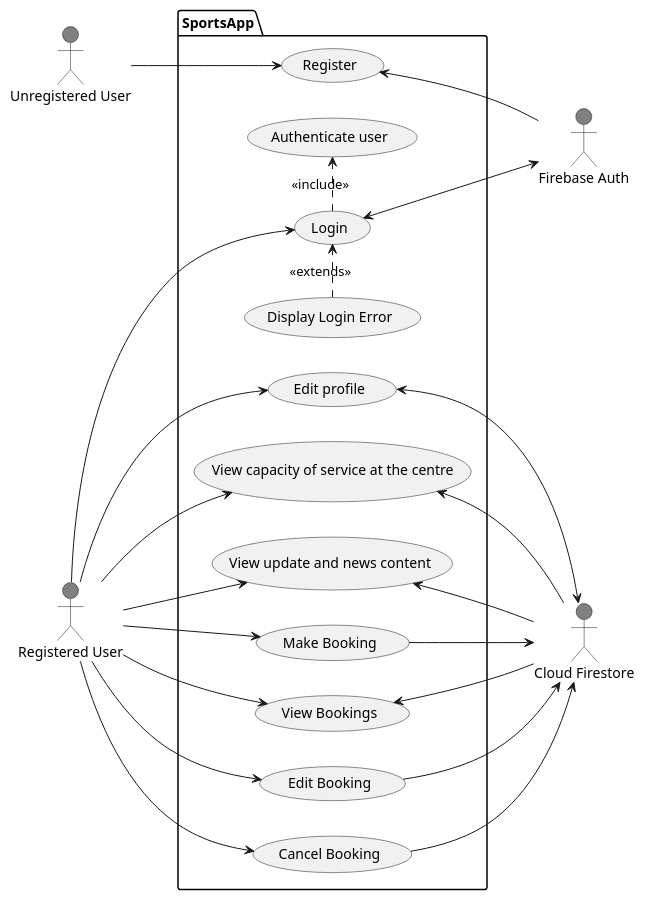
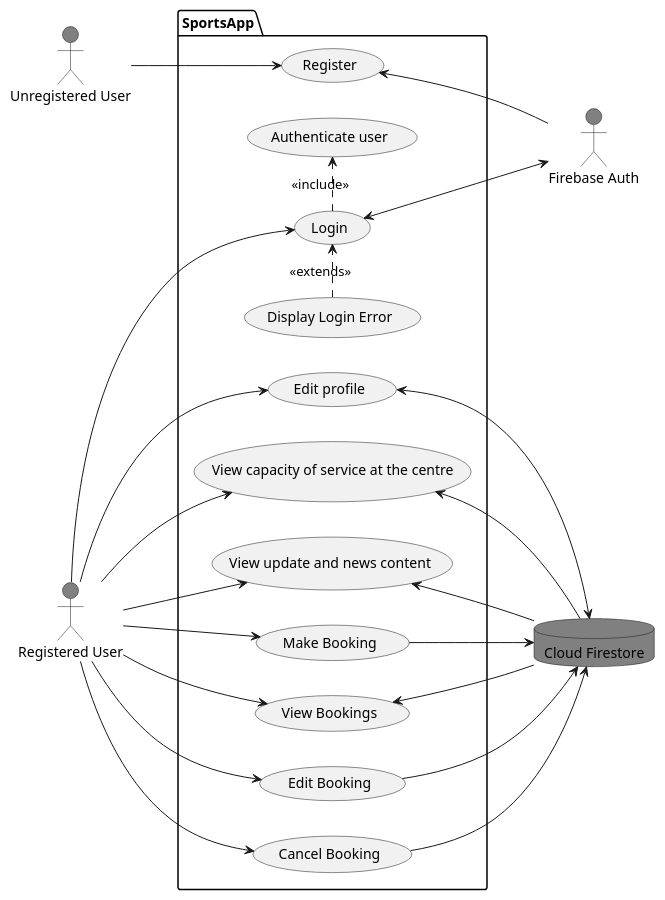
Before and after one commit to AltTheo/UOP_sports_V2.0: the diagram in puml/usecase.puml, drawn with PlantUML. The commit also changed 3 other files, not shown here.

Commit message:
added architecture UML

```diff
--- a/puml/usecase.puml
+++ b/puml/usecase.puml
@@ -1,31 +1,31 @@
 @startuml SportsAppUseCase
 ' skinparam actorStyle awesome
 left to right direction
 actor unr as "Unregistered User" #grey
 actor reg as "Registered User" #grey
 actor Auth as "Firebase Auth" #grey
-actor Data as "Cloud Firestore" #grey
+database Data as "Cloud Firestore" #grey
 
 Package SportsApp {
     unr --> (Register)
     reg --> (Login)
     (Login) .> (Authenticate user): <<include>>
     (Display Login Error) .> (Login): <<extends>>
     reg --> (Make Booking)
     reg --> (View Bookings)
     reg --> (Edit Booking)
     reg --> (Cancel Booking)
     reg --> (Edit profile)
     reg --> (View update and news content)
     reg --> (View capacity of service at the centre)
     (Login) <--> Auth
     (Register) <--  Auth
     (Make Booking) --> Data
     (Edit Booking) --> Data
     (Cancel Booking) --> Data
     (Edit profile) <--> Data
     (View update and news content) <-- Data
     (View capacity of service at the centre) <-- Data
     (View Bookings) <-- Data
 }
 @enduml
```
